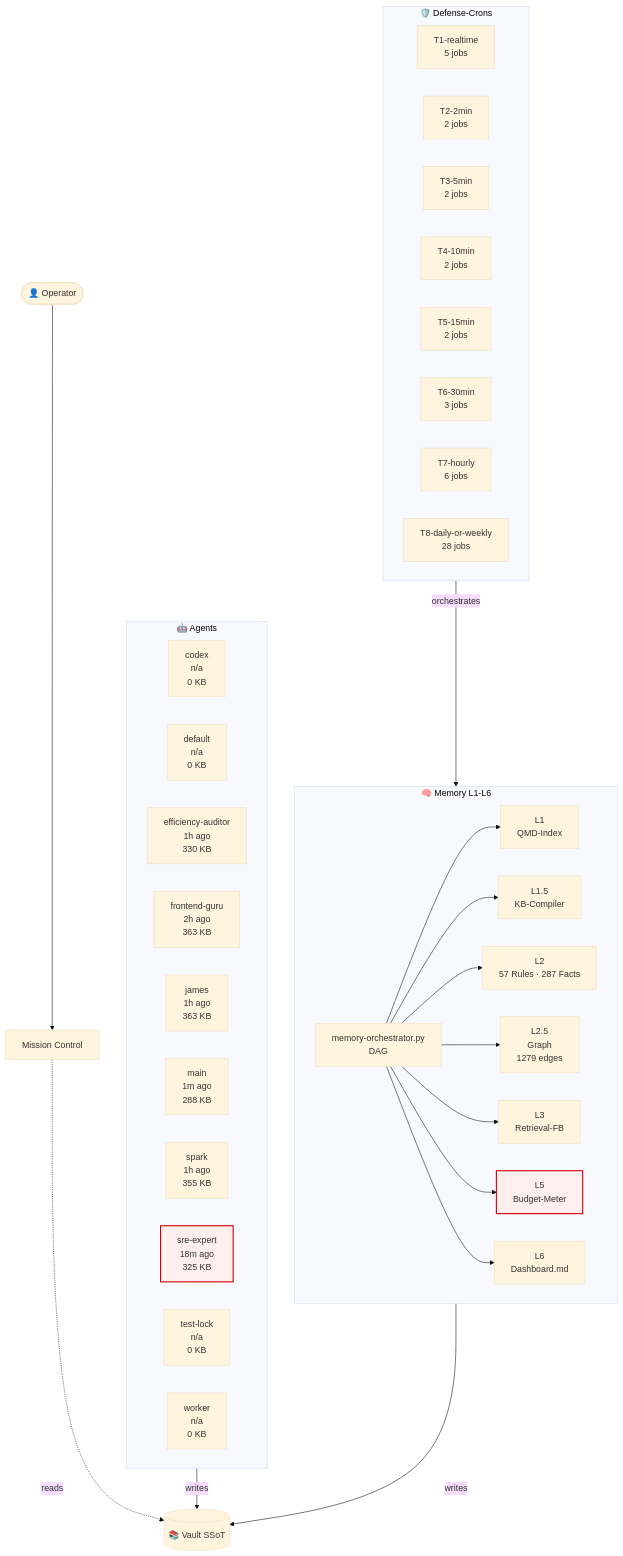
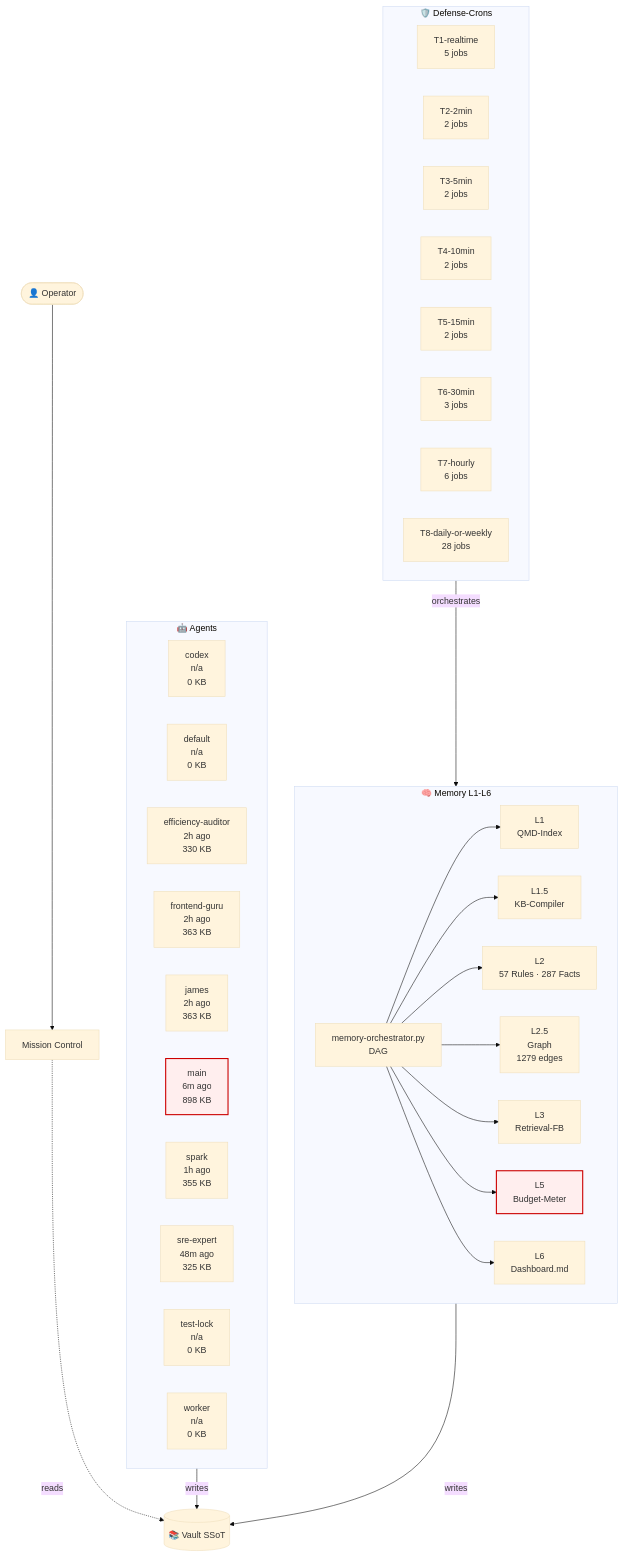
Before and after one commit to lenardhuebner88-rgb/openclaw-memory: the diagram in 03-Agents/architecture-live.md, drawn with Mermaid (base theme). The commit also changed other lines of this file and 2 other files, not shown here.

````diff
--- a/03-Agents/architecture-live.md
+++ b/03-Agents/architecture-live.md
@@ -18,53 +18,53 @@
 ```mermaid
 flowchart TB
     classDef critical fill:#fee,stroke:#c00,stroke-width:2px;
     subgraph AGT["🤖 Agents"]
         agent_codex["codex<br/>n/a<br/>0 KB"]
         agent_default["default<br/>n/a<br/>0 KB"]
-        agent_efficiency_auditor["efficiency-auditor<br/>1h ago<br/>330 KB"]
+        agent_efficiency_auditor["efficiency-auditor<br/>2h ago<br/>330 KB"]
         agent_frontend_guru["frontend-guru<br/>2h ago<br/>363 KB"]
-        agent_james["james<br/>1h ago<br/>363 KB"]
-        agent_main["main<br/>1m ago<br/>288 KB"]
+        agent_james["james<br/>2h ago<br/>363 KB"]
+        agent_main["main<br/>6m ago<br/>898 KB"]
         agent_spark["spark<br/>1h ago<br/>355 KB"]
-        agent_sre_expert["sre-expert<br/>18m ago<br/>325 KB"]
+        agent_sre_expert["sre-expert<br/>48m ago<br/>325 KB"]
         agent_test_lock["test-lock<br/>n/a<br/>0 KB"]
         agent_worker["worker<br/>n/a<br/>0 KB"]
     end
     subgraph MEM["🧠 Memory L1-L6"]
         L1["L1<br/>QMD-Index"]
         L15["L1.5<br/>KB-Compiler"]
         L2["L2<br/>57 Rules · 287 Facts"]
         L25["L2.5<br/>Graph<br/>1279 edges"]
         L3["L3<br/>Retrieval-FB"]
         L5["L5<br/>Budget-Meter"]
         L6["L6<br/>Dashboard.md"]
         ORCH["memory-orchestrator.py<br/>DAG"]
     end
     subgraph CRN["🛡️ Defense-Crons"]
         tier_T1_realtime["T1-realtime<br/>5 jobs"]
         tier_T2_2min["T2-2min<br/>2 jobs"]
         tier_T3_5min["T3-5min<br/>2 jobs"]
         tier_T4_10min["T4-10min<br/>2 jobs"]
         tier_T5_15min["T5-15min<br/>2 jobs"]
         tier_T6_30min["T6-30min<br/>3 jobs"]
         tier_T7_hourly["T7-hourly<br/>6 jobs"]
         tier_T8_daily_or_weekly["T8-daily-or-weekly<br/>28 jobs"]
     end
     VAULT[("📚 Vault SSoT")]
     OP([👤 Operator])
     MC["Mission Control"]
     OP --> MC
     MC -.reads.-> VAULT
     AGT -->|writes| VAULT
     MEM -->|writes| VAULT
     ORCH --> L1
     ORCH --> L15
     ORCH --> L2
     ORCH --> L25
     ORCH --> L3
     ORCH --> L5
     ORCH --> L6
     CRN -->|orchestrates| MEM
     class L5 critical
-    class agent_sre_expert critical
+    class agent_main critical
 ```
````
